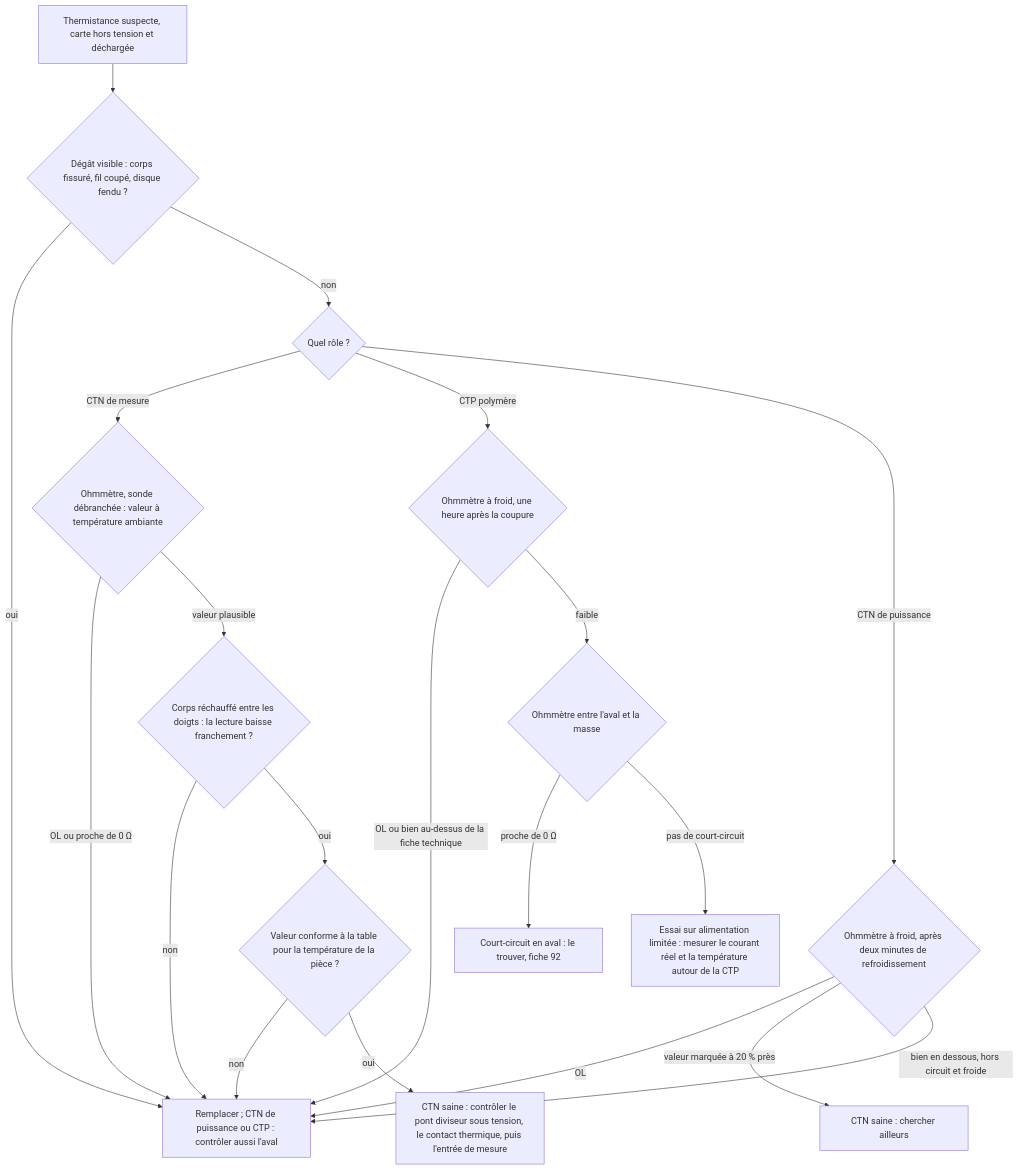
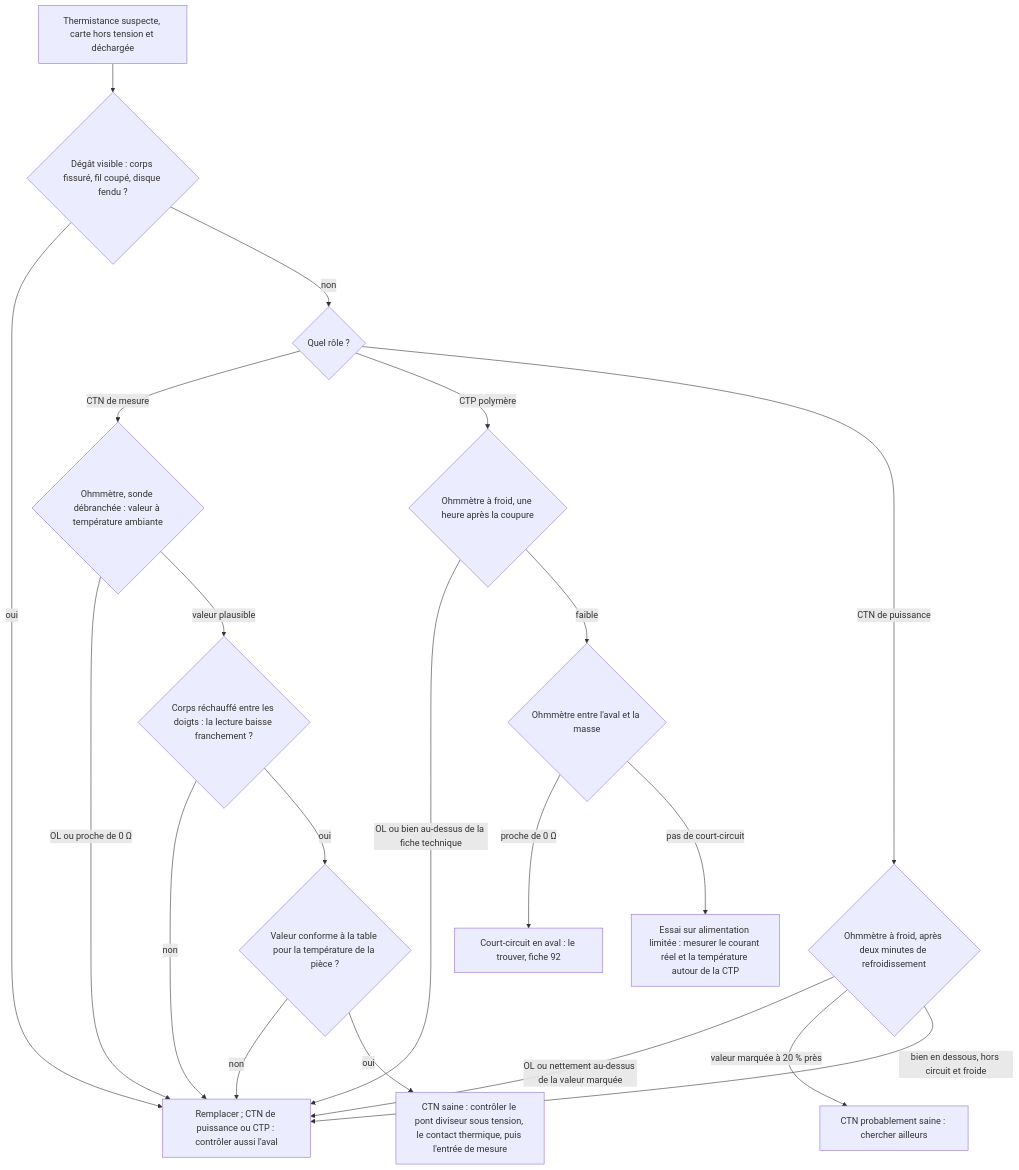
One commit to benoit-bremaud/ohm-sweet-ohm changed the diagram in troubleshooting/12_thermistance/README.md. Above: the diagram before and after it, drawn with Mermaid. The commit also changed other lines of this file and 5 other files, not shown here.

````diff
--- a/troubleshooting/12_thermistance/README.md
+++ b/troubleshooting/12_thermistance/README.md
@@ -186,22 +186,22 @@
 ```mermaid
 flowchart TD
   A[Thermistance suspecte, carte hors tension et déchargée] --> B{Dégât visible : corps fissuré, fil coupé, disque fendu ?}
   B -- oui --> R[Remplacer ; CTN de puissance ou CTP : contrôler aussi l'aval]
   B -- non --> C{Quel rôle ?}
   C -- CTN de mesure --> D{Ohmmètre, sonde débranchée : valeur à température ambiante}
   D -- OL ou proche de 0 Ω --> R
   D -- valeur plausible --> E{Corps réchauffé entre les doigts : la lecture baisse franchement ?}
   E -- non --> R
   E -- oui --> F{Valeur conforme à la table pour la température de la pièce ?}
   F -- non --> R
   F -- oui --> G[CTN saine : contrôler le pont diviseur sous tension, le contact thermique, puis l'entrée de mesure]
   C -- CTP polymère --> H{Ohmmètre à froid, une heure après la coupure}
   H -- OL ou bien au-dessus de la fiche technique --> R
   H -- faible --> I{Ohmmètre entre l'aval et la masse}
   I -- proche de 0 Ω --> J[Court-circuit en aval : le trouver, fiche 92]
   I -- pas de court-circuit --> K[Essai sur alimentation limitée : mesurer le courant réel et la température autour de la CTP]
   C -- CTN de puissance --> L{Ohmmètre à froid, après deux minutes de refroidissement}
-  L -- OL --> R
-  L -- valeur marquée à 20 % près --> M[CTN saine : chercher ailleurs]
+  L -- OL ou nettement au-dessus de la valeur marquée --> R
+  L -- valeur marquée à 20 % près --> M[CTN probablement saine : chercher ailleurs]
   L -- bien en dessous, hors circuit et froide --> R
 ```
````
